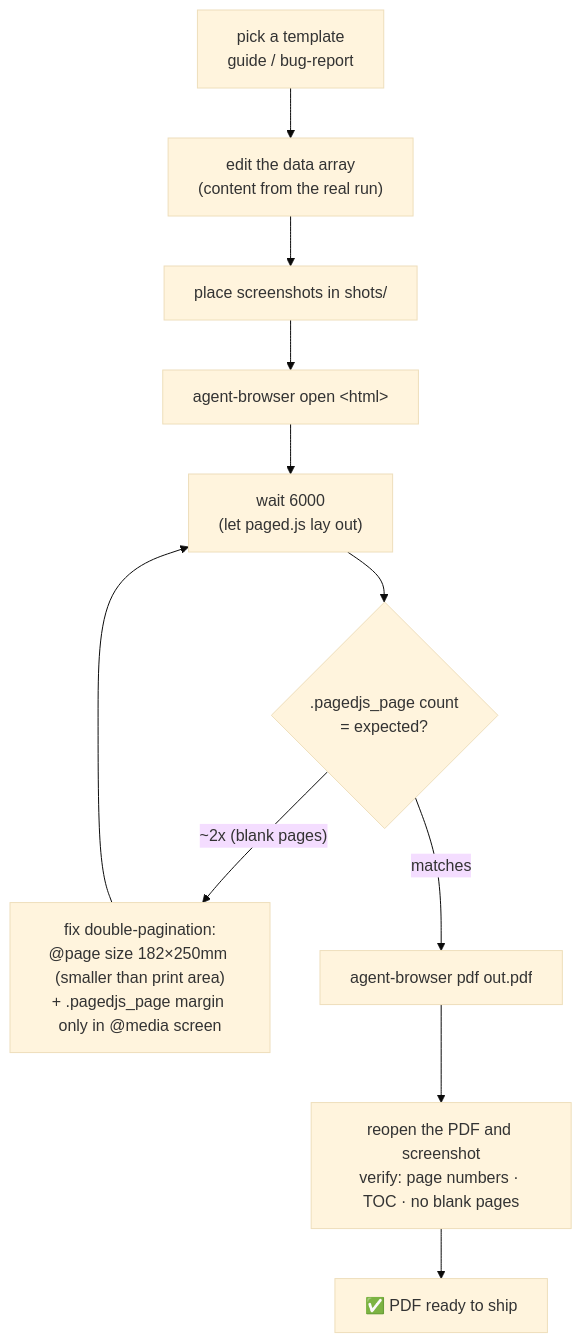
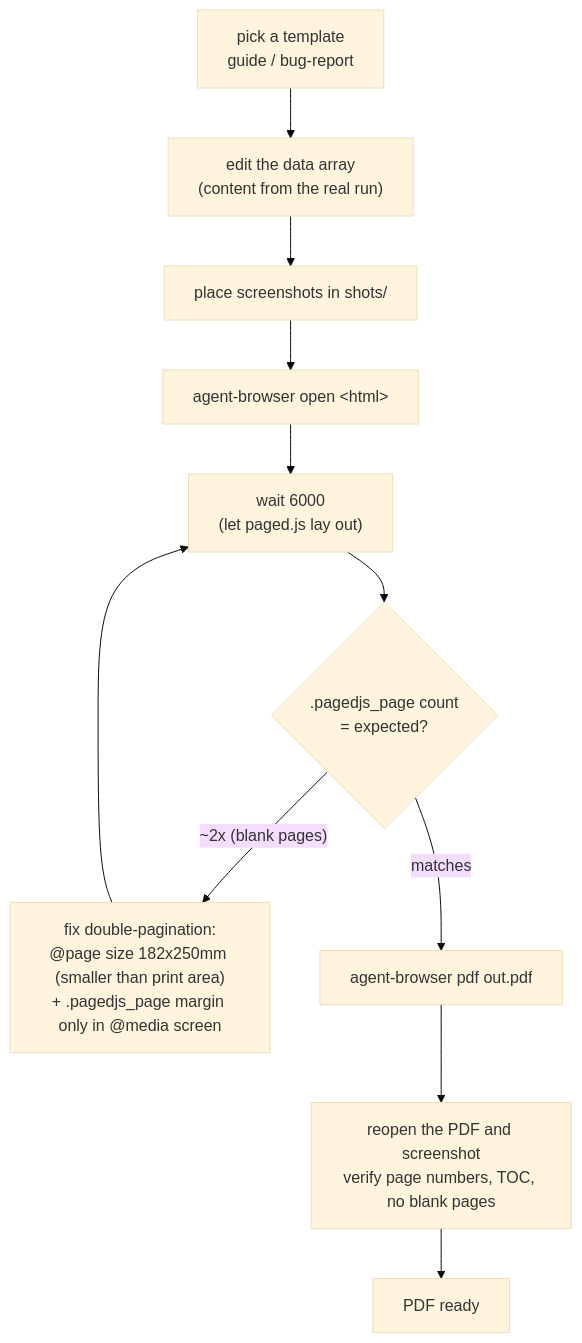
One commit to wichtking/agent-browser-qa changed the fourth of 5 diagrams in docs/ARCHITECTURE.md. Above: the diagram before and after it, drawn with Mermaid (base theme). The commit also changed other lines of this file and 1 other file, not shown here.

First line of the commit message:
docs: apply the plainer voice to ARCHITECTURE and TEAM-PROCESS

````diff
--- a/docs/ARCHITECTURE.md
+++ b/docs/ARCHITECTURE.md
@@ -92,13 +92,13 @@
 ```mermaid
 flowchart TD
     t["pick a template<br/>guide / bug-report"] --> ed["edit the data array<br/>(content from the real run)"]
     ed --> sh["place screenshots in shots/"]
     sh --> op["agent-browser open &lt;html&gt;"]
     op --> wt["wait 6000<br/>(let paged.js lay out)"]
     wt --> ck{".pagedjs_page count<br/>= expected?"}
-    ck -->|"~2x (blank pages)"| fx["fix double-pagination:<br/>@page size 182×250mm (smaller than print area)<br/>+ .pagedjs_page margin only in @media screen"]
+    ck -->|"~2x (blank pages)"| fx["fix double-pagination:<br/>@page size 182x250mm (smaller than print area)<br/>+ .pagedjs_page margin only in @media screen"]
     fx --> wt
     ck -->|matches| pd["agent-browser pdf out.pdf"]
-    pd --> vf["reopen the PDF and screenshot<br/>verify: page numbers · TOC · no blank pages"]
-    vf --> done["✅ PDF ready to ship"]
+    pd --> vf["reopen the PDF and screenshot<br/>verify page numbers, TOC, no blank pages"]
+    vf --> done["PDF ready"]
 ```
````
